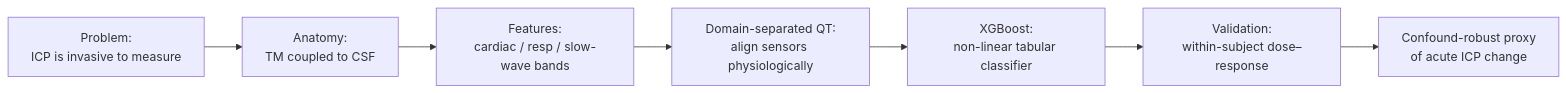
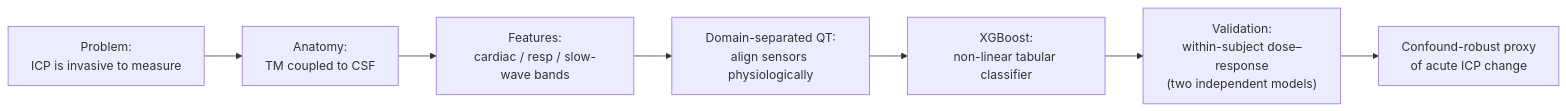
The ninth of 9 diagrams in README.md (eshaansingla/Pran), drawn with Mermaid before and after one commit. The commit also changed other lines of this file and 21 other files, not shown here.

````diff
--- a/README.md
+++ b/README.md
@@ -649,9 +675,9 @@
 ```mermaid
 flowchart LR
     P["Problem:<br/>ICP is invasive to measure"] --> A["Anatomy:<br/>TM coupled to CSF"]
     A --> F["Features:<br/>cardiac / resp / slow-wave bands"]
     F --> N["Domain-separated QT:<br/>align sensors physiologically"]
     N --> M["XGBoost:<br/>non-linear tabular classifier"]
-    M --> V["Validation:<br/>within-subject dose–response"]
+    M --> V["Validation:<br/>within-subject dose–response<br/>(two independent models)"]
     V --> C["Confound-robust proxy<br/>of acute ICP change"]
 ```
````
